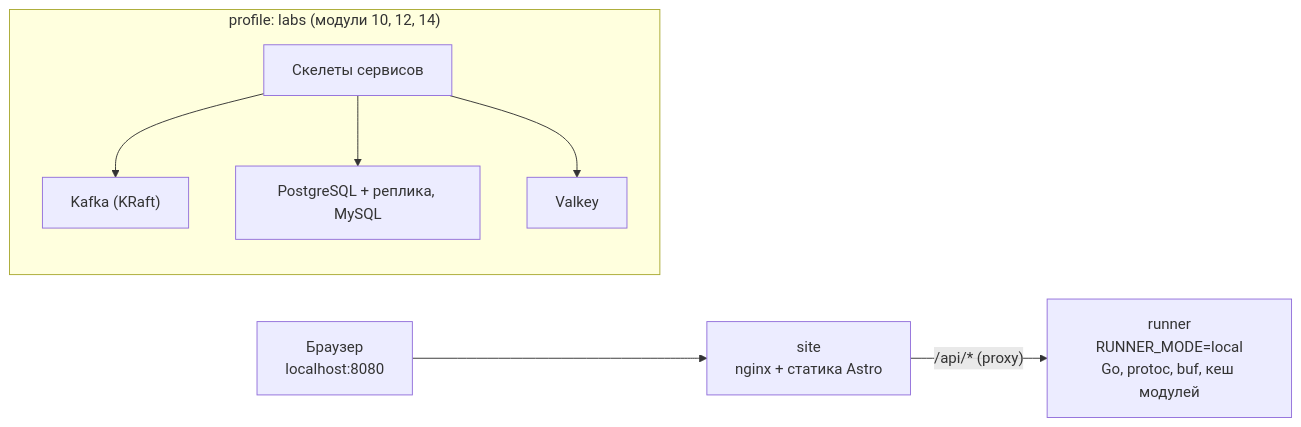
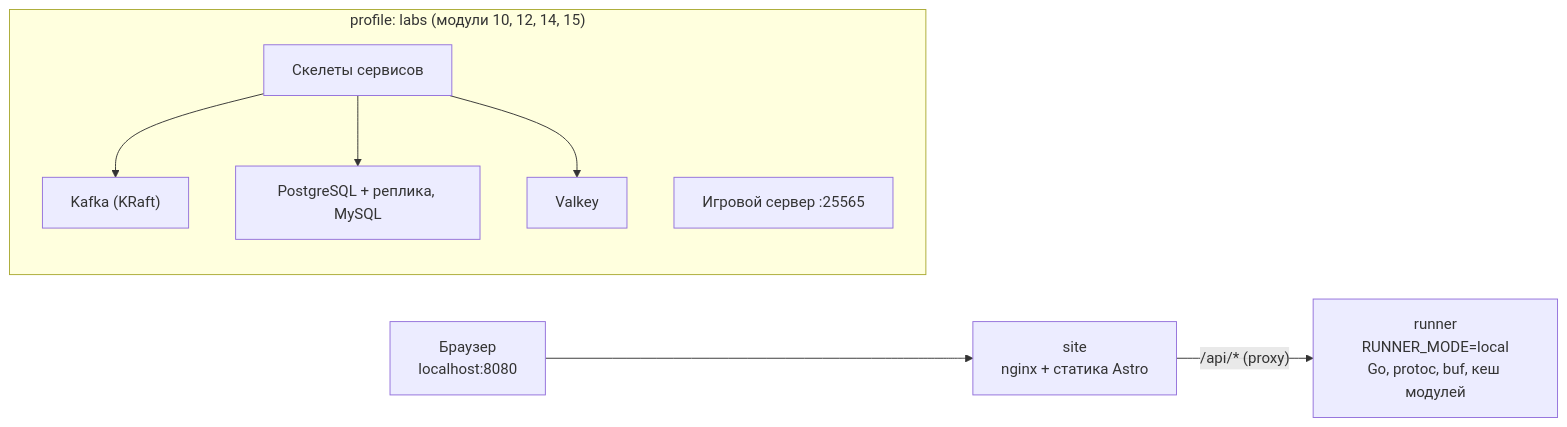
Before and after one commit to sergieinv/go-tutor: the second of 4 diagrams in docs/PLAN.md, drawn with Mermaid. The commit also changed other lines of this file, not shown here.

First line of the commit message:
Plan: game server case study module

````diff
--- a/docs/PLAN.md
+++ b/docs/PLAN.md
@@ -97,14 +97,15 @@
 ```mermaid
 flowchart LR
     user["Браузер<br/>localhost:8080"] --> site["site<br/>nginx + статика Astro"]
     site -- "/api/* (proxy)" --> runner["runner<br/>RUNNER_MODE=local<br/>Go, protoc, buf, кеш модулей"]
-    subgraph labs["profile: labs (модули 10, 12, 14)"]
+    subgraph labs["profile: labs (модули 10, 12, 14, 15)"]
         broker["Kafka (KRaft)"]
         db["PostgreSQL + реплика, MySQL"]
         cache["Valkey"]
         svcs["Скелеты сервисов"]
+        game["Игровой сервер :25565"]
     end
     svcs --> broker
     svcs --> db
     svcs --> cache
 ```
````
